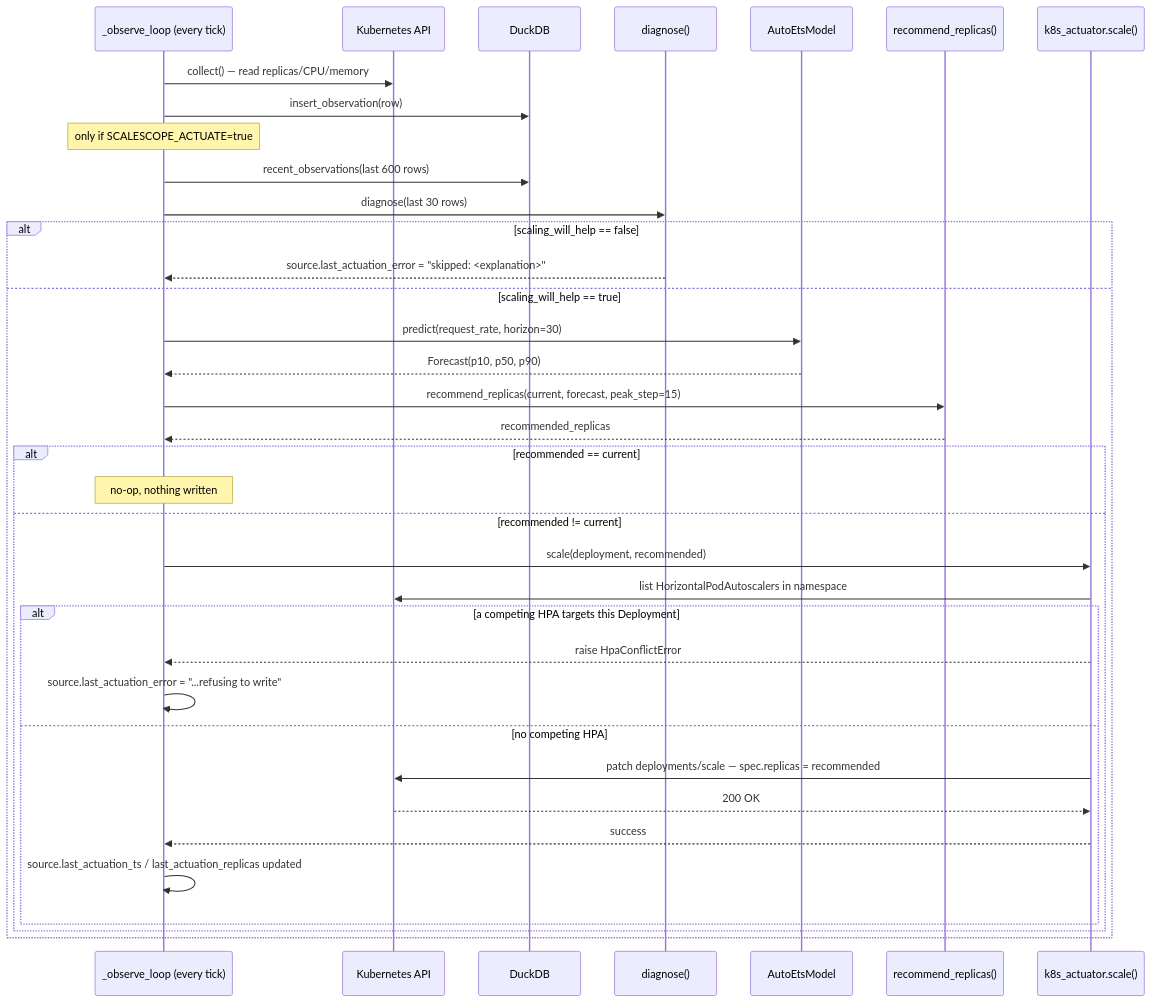
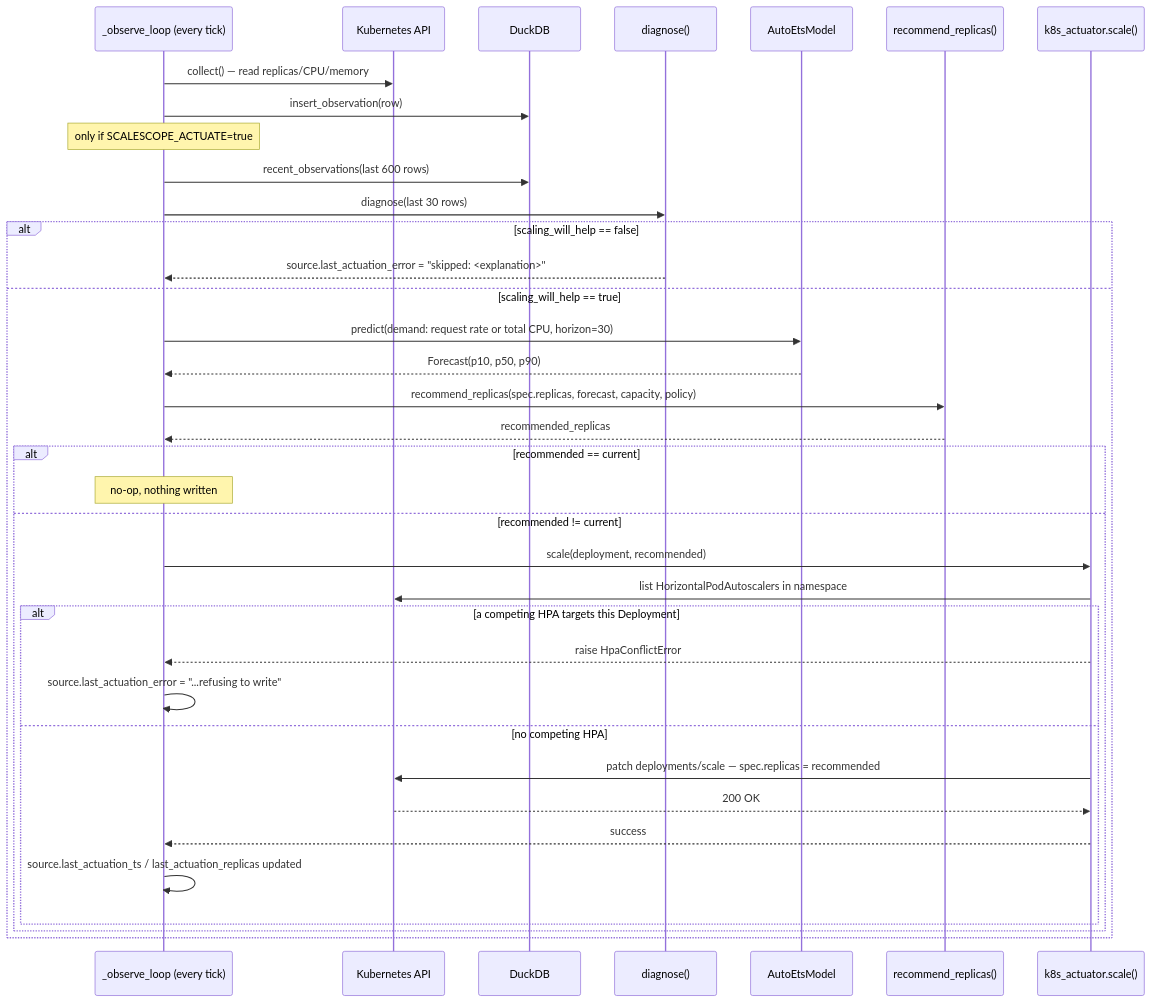
One commit to jsawyerdev/scalescope changed the fifth of 6 diagrams in README.md. Above: the diagram before and after it, drawn with Mermaid. The commit also changed other lines of this file and 32 other files, not shown here.

````diff
--- a/README.md
+++ b/README.md
@@ -502,39 +611,39 @@
 ```mermaid
 sequenceDiagram
     participant ObserveLoop as _observe_loop (every tick)
     participant K8s as Kubernetes API
     participant Store as DuckDB
     participant Diag as diagnose()
     participant Model as AutoEtsModel
     participant Cap as recommend_replicas()
     participant Act as k8s_actuator.scale()
 
     ObserveLoop->>K8s: collect() — read replicas/CPU/memory
     ObserveLoop->>Store: insert_observation(row)
     Note over ObserveLoop: only if SCALESCOPE_ACTUATE=true
     ObserveLoop->>Store: recent_observations(last 600 rows)
     ObserveLoop->>Diag: diagnose(last 30 rows)
     alt scaling_will_help == false
         Diag-->>ObserveLoop: source.last_actuation_error = "skipped: <explanation>"
     else scaling_will_help == true
-        ObserveLoop->>Model: predict(request_rate, horizon=30)
+        ObserveLoop->>Model: predict(demand: request rate or total CPU, horizon=30)
         Model-->>ObserveLoop: Forecast(p10, p50, p90)
-        ObserveLoop->>Cap: recommend_replicas(current, forecast, peak_step=15)
+        ObserveLoop->>Cap: recommend_replicas(spec.replicas, forecast, capacity, policy)
         Cap-->>ObserveLoop: recommended_replicas
         alt recommended == current
             Note over ObserveLoop: no-op, nothing written
         else recommended != current
             ObserveLoop->>Act: scale(deployment, recommended)
             Act->>K8s: list HorizontalPodAutoscalers in namespace
             alt a competing HPA targets this Deployment
                 Act-->>ObserveLoop: raise HpaConflictError
                 ObserveLoop->>ObserveLoop: source.last_actuation_error = "...refusing to write"
             else no competing HPA
                 Act->>K8s: patch deployments/scale — spec.replicas = recommended
                 K8s-->>Act: 200 OK
                 Act-->>ObserveLoop: success
                 ObserveLoop->>ObserveLoop: source.last_actuation_ts / last_actuation_replicas updated
             end
         end
     end
 ```
````
